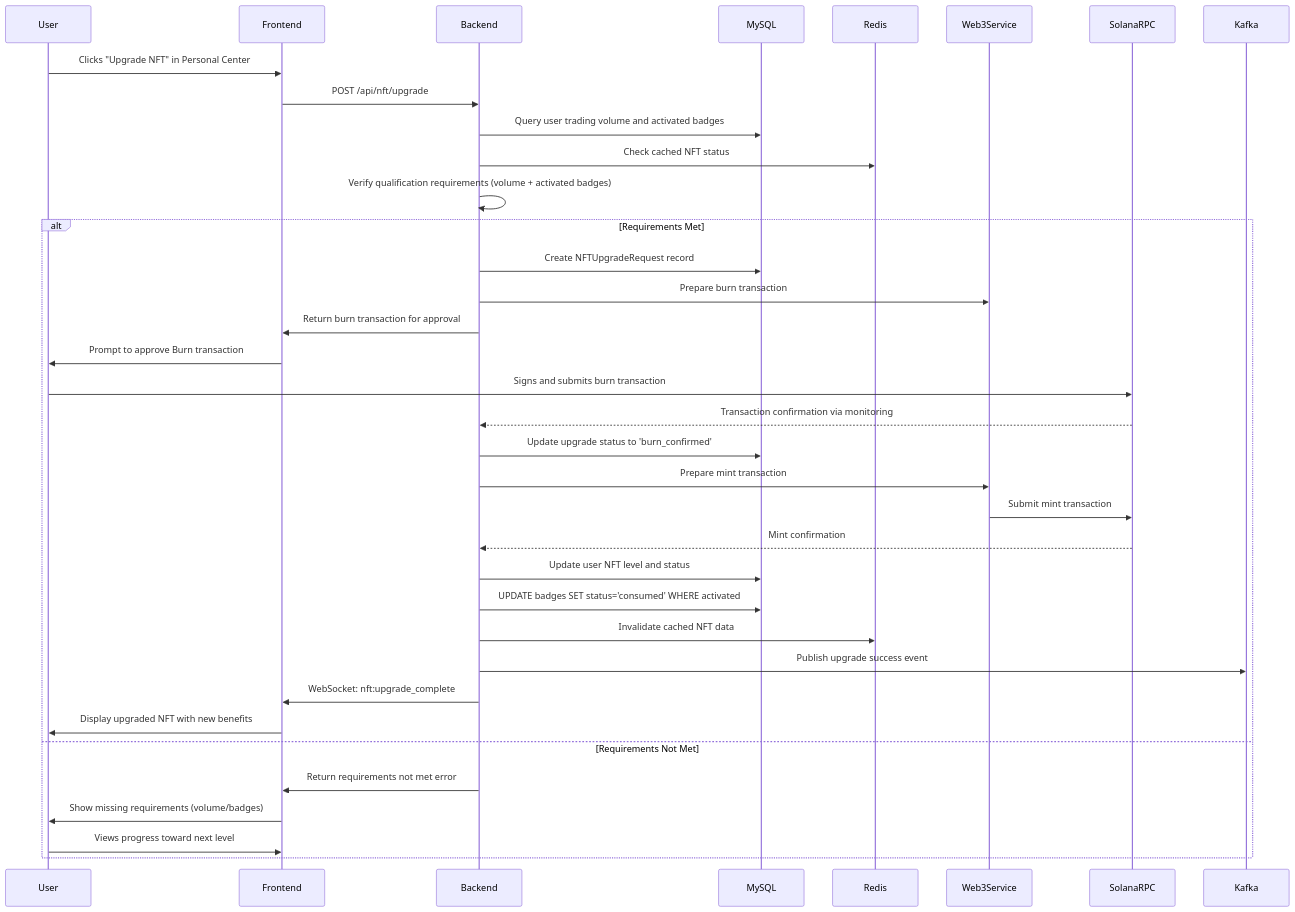
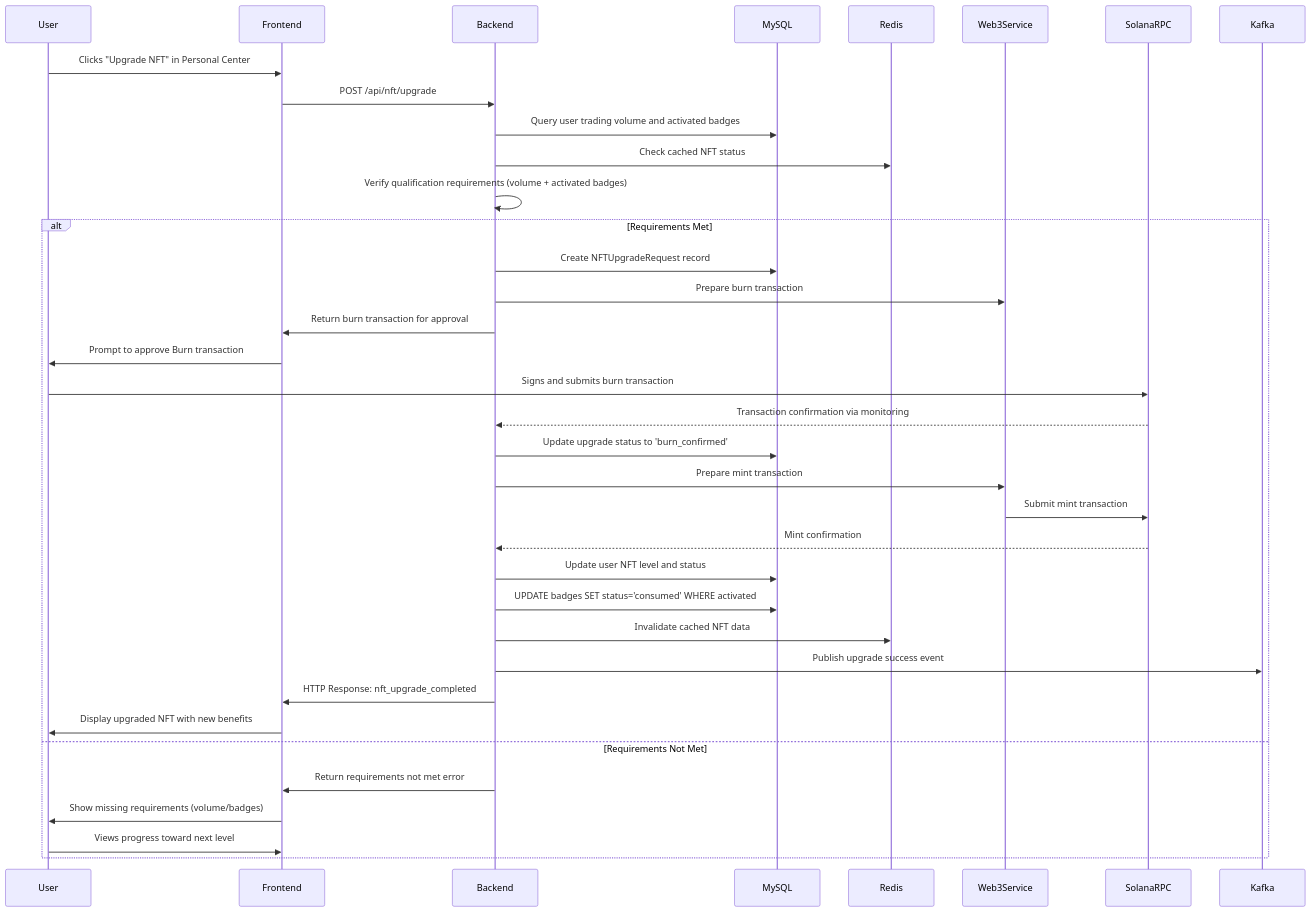
One commit to ljg-cqu/aiw3-nft-solana changed the third of 6 diagrams in docs/technical/implementation/Process-Flow-Reference.md. Above: the diagram before and after it, drawn with Mermaid. The commit also changed other lines of this file and 8 other files, not shown here.

Commit message:
refactor: replace WebSocket with HTTP polling for real-time updates

````diff
--- a/docs/technical/implementation/Process-Flow-Reference.md
+++ b/docs/technical/implementation/Process-Flow-Reference.md
@@ -136,40 +136,40 @@
 ```mermaid
 sequenceDiagram
     participant User
     participant Frontend
     participant Backend
     participant MySQL
     participant Redis
     participant Web3Service
     participant SolanaRPC
     participant Kafka
 
     User->>Frontend: Clicks "Upgrade NFT" in Personal Center
     Frontend->>Backend: POST /api/nft/upgrade
     Backend->>MySQL: Query user trading volume and activated badges
     Backend->>Redis: Check cached NFT status
     Backend->>Backend: Verify qualification requirements (volume + activated badges)
     
     alt Requirements Met
         Backend->>MySQL: Create NFTUpgradeRequest record
         Backend->>Web3Service: Prepare burn transaction
         Backend->>Frontend: Return burn transaction for approval
         Frontend->>User: Prompt to approve Burn transaction
         User->>SolanaRPC: Signs and submits burn transaction
         SolanaRPC-->>Backend: Transaction confirmation via monitoring
         Backend->>MySQL: Update upgrade status to 'burn_confirmed'
         Backend->>Web3Service: Prepare mint transaction
         Web3Service->>SolanaRPC: Submit mint transaction
         SolanaRPC-->>Backend: Mint confirmation
         Backend->>MySQL: Update user NFT level and status
         Backend->>MySQL: UPDATE badges SET status='consumed' WHERE activated
         Backend->>Redis: Invalidate cached NFT data
         Backend->>Kafka: Publish upgrade success event
-        Backend->>Frontend: WebSocket: nft:upgrade_complete
+        Backend->>Frontend: HTTP Response: nft_upgrade_completed
         Frontend->>User: Display upgraded NFT with new benefits
     else Requirements Not Met
         Backend->>Frontend: Return requirements not met error
         Frontend->>User: Show missing requirements (volume/badges)
         User->>Frontend: Views progress toward next level
     end
 ```
````
